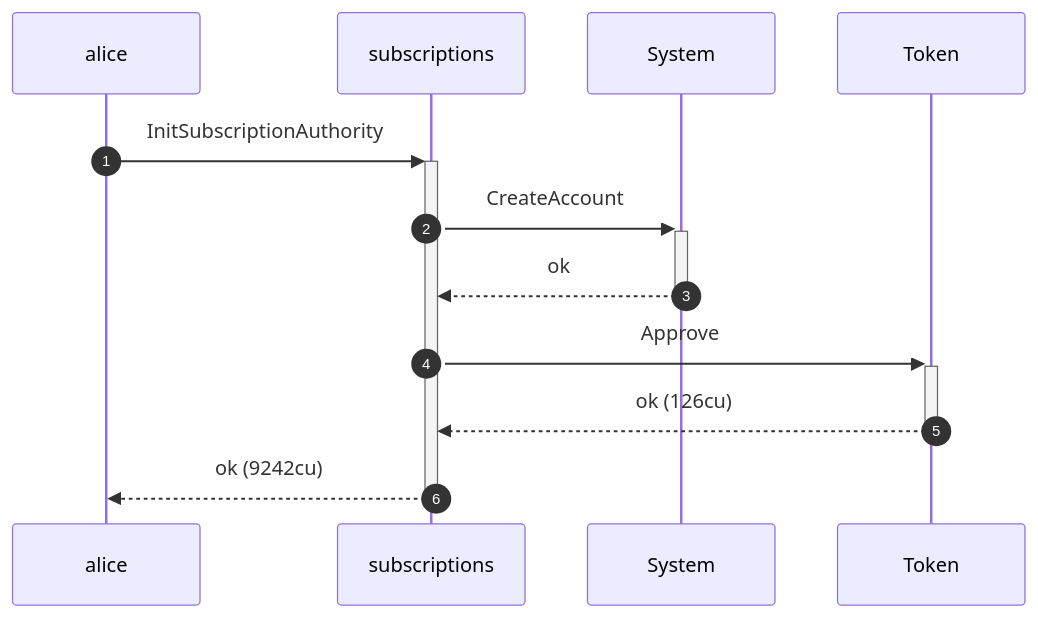
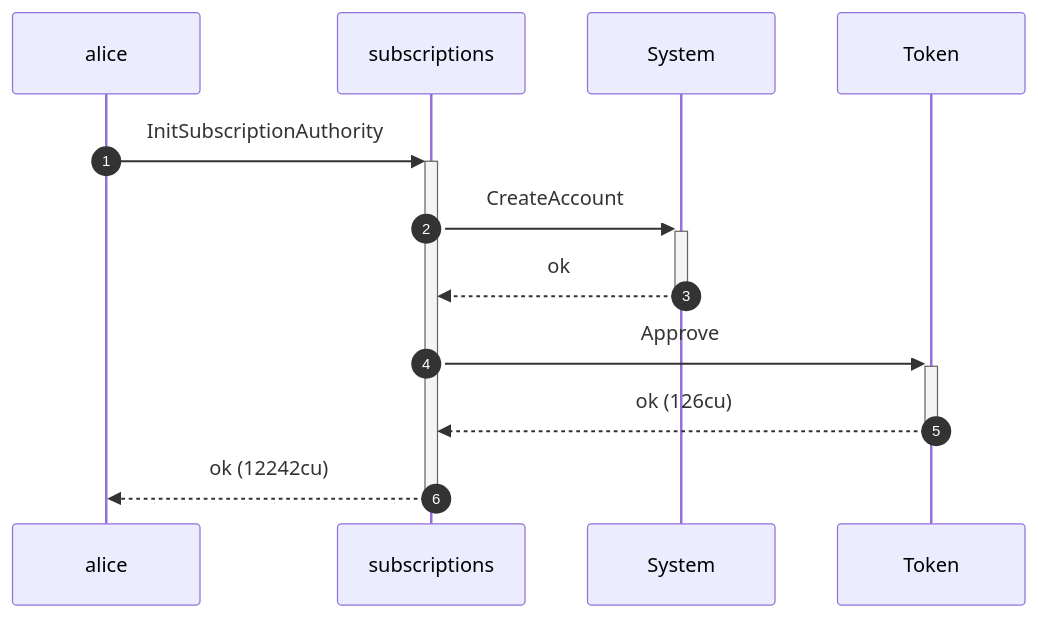
The second of 4 diagrams in dsl_tests/close--writable-accounts-must-be-writable.md (cds-rs/subscriptions), drawn with Mermaid before and after one commit. The commit also changed other lines of this file and 224 other files, not shown here.

````diff
--- a/dsl_tests/close--writable-accounts-must-be-writable.md
+++ b/dsl_tests/close--writable-accounts-must-be-writable.md
@@ -36,14 +37,14 @@
 ```mermaid
 sequenceDiagram
     autonumber
     participant alice
     participant subscriptions
     participant System
     participant Token
     alice ->>+ subscriptions: InitSubscriptionAuthority
     subscriptions ->>+ System: CreateAccount
     System -->>- subscriptions: ok
     subscriptions ->>+ Token: Approve
     Token -->>- subscriptions: ok (126cu)
-    subscriptions -->>- alice: ok (9242cu)
+    subscriptions -->>- alice: ok (12242cu)
 ```
````
